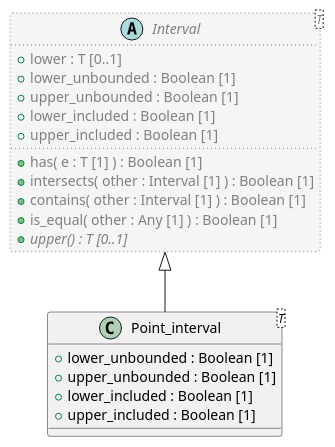
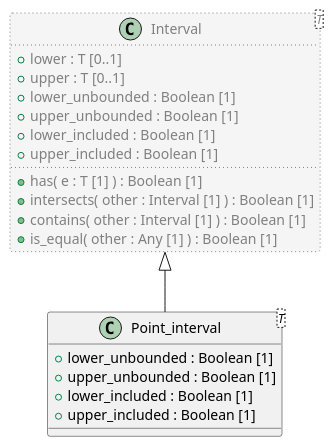
The diagram in code/Adoc/openehr_base_1.1.0/plantUML/classes/org.openehr.base.foundation_types.point_interval.adoc (sebastian-iancu/code-generator), drawn with PlantUML before and after one commit. The commit also changed 719 other files, not shown here.

```diff
--- a/code/Adoc/openehr_base_1.1.0/plantUML/classes/org.openehr.base.foundation_types.point_interval.adoc
+++ b/code/Adoc/openehr_base_1.1.0/plantUML/classes/org.openehr.base.foundation_types.point_interval.adoc
@@ -1,29 +1,29 @@
 [plantuml,Point_interval,format=svg,svg-type="inline"]
 -----
 @startuml
 
 class Point_interval <T> {
   + lower_unbounded : Boolean [1]
   + upper_unbounded : Boolean [1]
   + lower_included : Boolean [1]
   + upper_included : Boolean [1]
 }
 
-abstract class Interval <T>  #whitesmoke;line:gray;line.dotted;text:gray {
+class Interval <T>  #whitesmoke;line:gray;line.dotted;text:gray {
   + lower : T [0..1]
+  + upper : T [0..1]
   + lower_unbounded : Boolean [1]
   + upper_unbounded : Boolean [1]
   + lower_included : Boolean [1]
   + upper_included : Boolean [1]
   + has( e : T [1] ) : Boolean [1]
   + intersects( other : Interval [1] ) : Boolean [1]
   + contains( other : Interval [1] ) : Boolean [1]
   + is_equal( other : Any [1] ) : Boolean [1]
-  + {abstract} upper() : T [0..1]
 }
 
 Interval <|-- Point_interval
 
 
 @enduml
 -----
```
